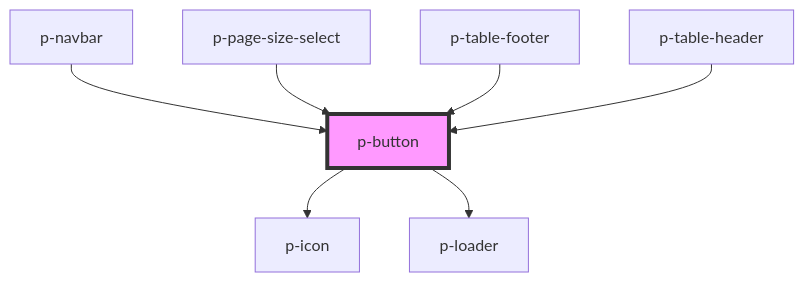
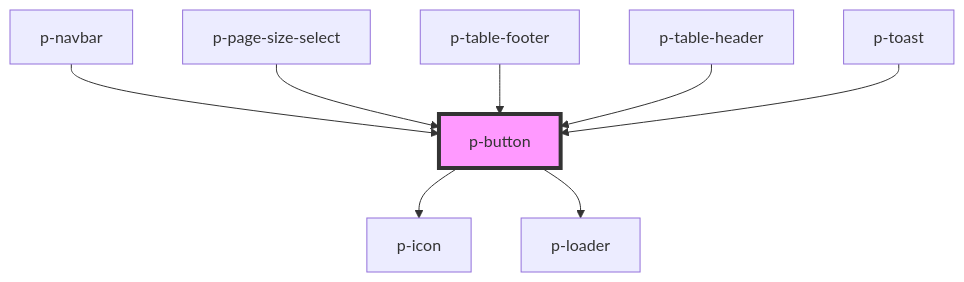
The diagram in packages/core/src/components/atoms/button/readme.md (Employes/paperless), drawn with Mermaid before and after one commit. The commit also changed other lines of this file and 6 other files, not shown here.

````diff
--- a/packages/core/src/components/atoms/button/readme.md
+++ b/packages/core/src/components/atoms/button/readme.md
@@ -51,10 +52,11 @@
 ```mermaid
 graph TD;
   p-button --> p-icon
   p-button --> p-loader
   p-navbar --> p-button
   p-page-size-select --> p-button
   p-table-footer --> p-button
   p-table-header --> p-button
+  p-toast --> p-button
   style p-button fill:#f9f,stroke:#333,stroke-width:4px
 ```
````
